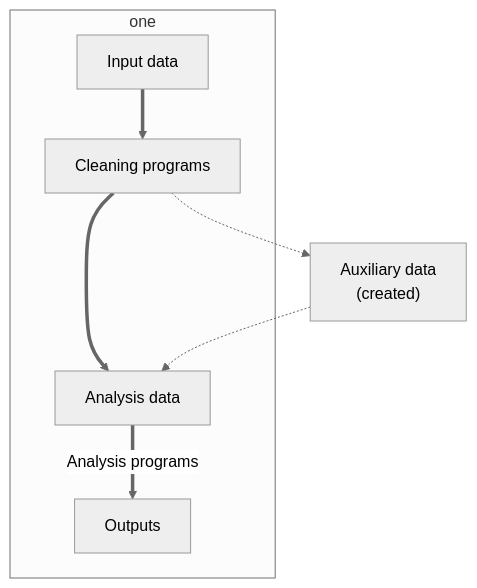
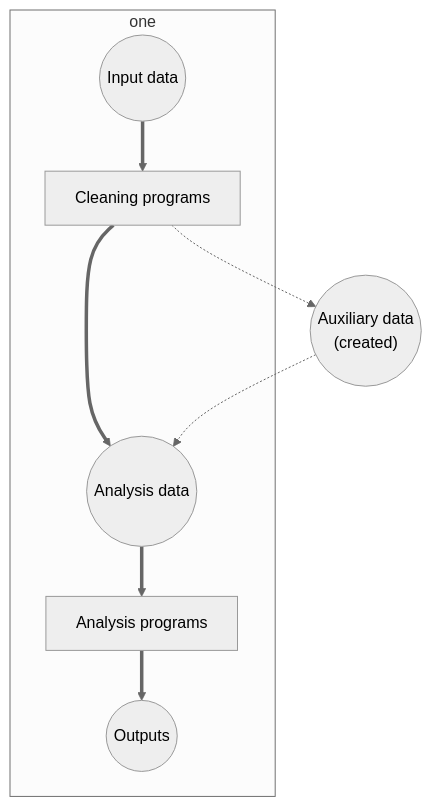
One commit to social-science-data-editors/guidance changed the diagram in Requested_information.md. Above: the diagram before and after it, drawn with Mermaid (neutral theme). The commit also changed other lines of this file, not shown here.

Commit message:
Prettier flowchart

```diff
--- a/Requested_information.md
+++ b/Requested_information.md
@@ -14,11 +14,12 @@
 <div class="mermaid">
 graph TD;
     subgraph one;
-    A[Input data] ==>  B[Cleaning programs];
-    B ==> C[Analysis data];
-    C == Analysis programs ==> E[Outputs];
+    A((Input data)) ==>  B[Cleaning programs];
+    B ==> C((Analysis data));
+    C ==> D[Analysis programs] 
+    D ==> E((Outputs));
     end;
-    B -.-> F["Auxiliary data<br/>(created)"];
+    B -.-> F(("Auxiliary data<br/>(created)"));
     F -.-> C;
     
 </div>
```
